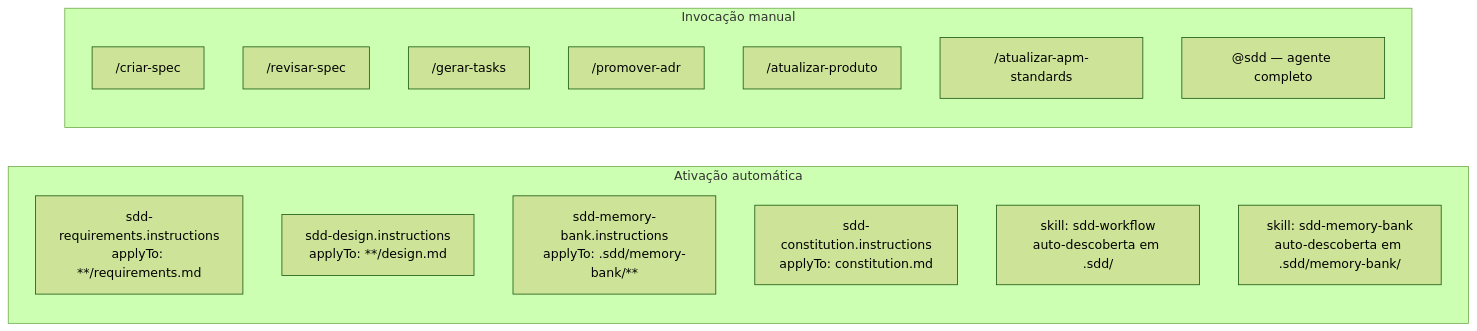
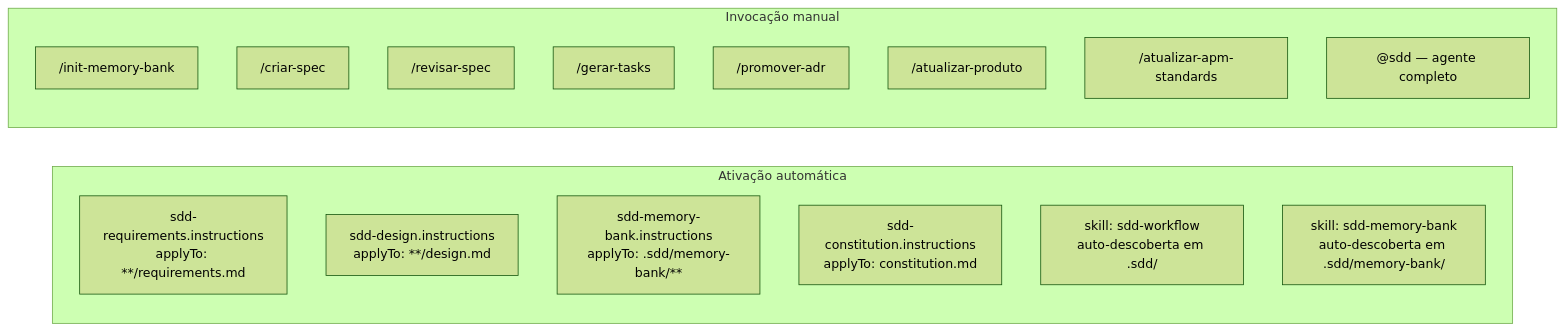
The third of 3 diagrams in SDD-FLOW.md (heandroro/sdd-framework), drawn with Mermaid (forest theme) before and after one commit. The commit also changed 1 other file, not shown here.

Commit message:
feat(apm): adicionar prompt /init-memory-bank para bootstrap de projetos novos
- cria .sdd/memory-bank/ com os 4 arquivos obrigatórios
- entrevista o humano antes de criar qualquer arquivo
- constitution.md copiado sem alterações (padrão SDD)
- guardrail contra sobrescrita de memory bank existente
- atualiza SDD-FLOW.md com /init-memory-bank no diagrama de primitivos

````diff
--- a/SDD-FLOW.md
+++ b/SDD-FLOW.md
@@ -94,21 +94,22 @@
 ```mermaid
 flowchart LR
     subgraph AUTO["Ativação automática"]
         I1["sdd-requirements.instructions<br/>applyTo: **/requirements.md"]
         I2["sdd-design.instructions<br/>applyTo: **/design.md"]
         I3["sdd-memory-bank.instructions<br/>applyTo: .sdd/memory-bank/**"]
         I4["sdd-constitution.instructions<br/>applyTo: constitution.md"]
         SK1["skill: sdd-workflow<br/>auto-descoberta em .sdd/"]
         SK2["skill: sdd-memory-bank<br/>auto-descoberta em .sdd/memory-bank/"]
     end
 
     subgraph MANUAL["Invocação manual"]
+        P0["/init-memory-bank"]
         P1["/criar-spec"]
         P2["/revisar-spec"]
         P3["/gerar-tasks"]
         P4["/promover-adr"]
         P5["/atualizar-produto"]
         P6["/atualizar-apm-standards"]
         AG["@sdd — agente completo"]
     end
 ```
````
